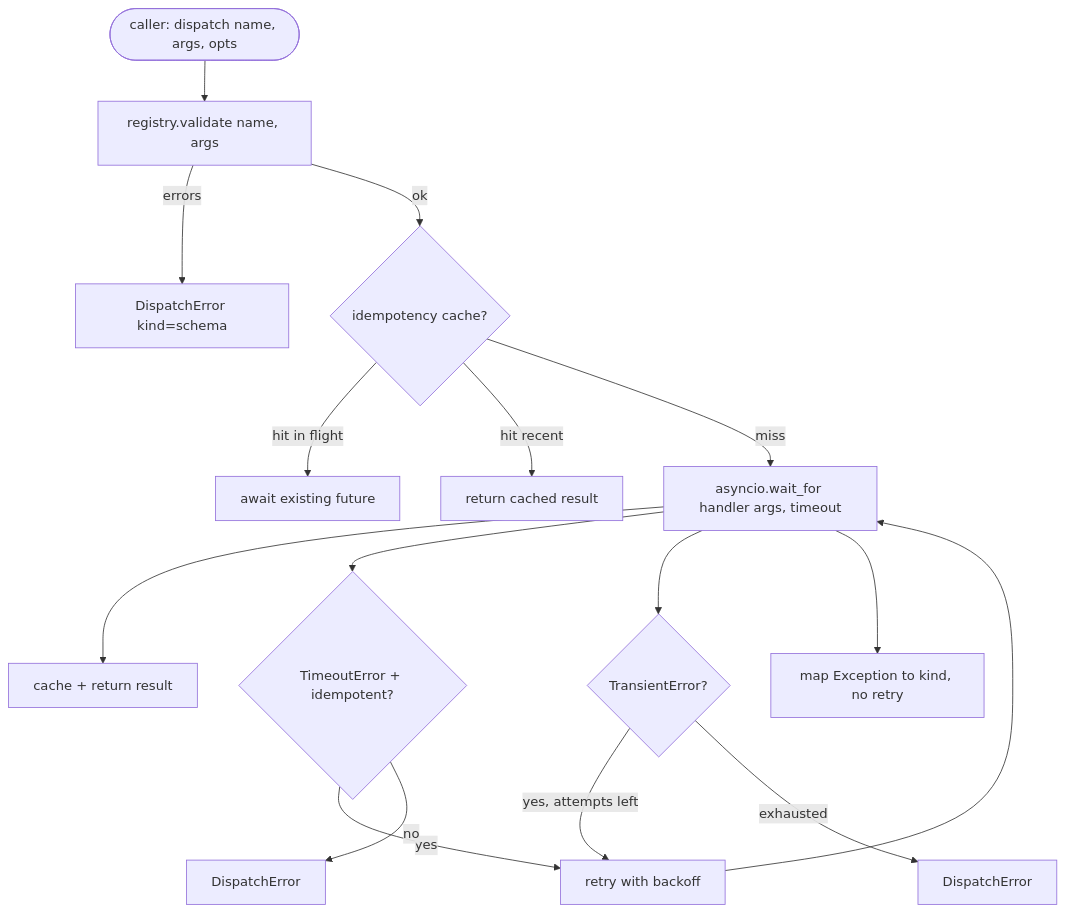
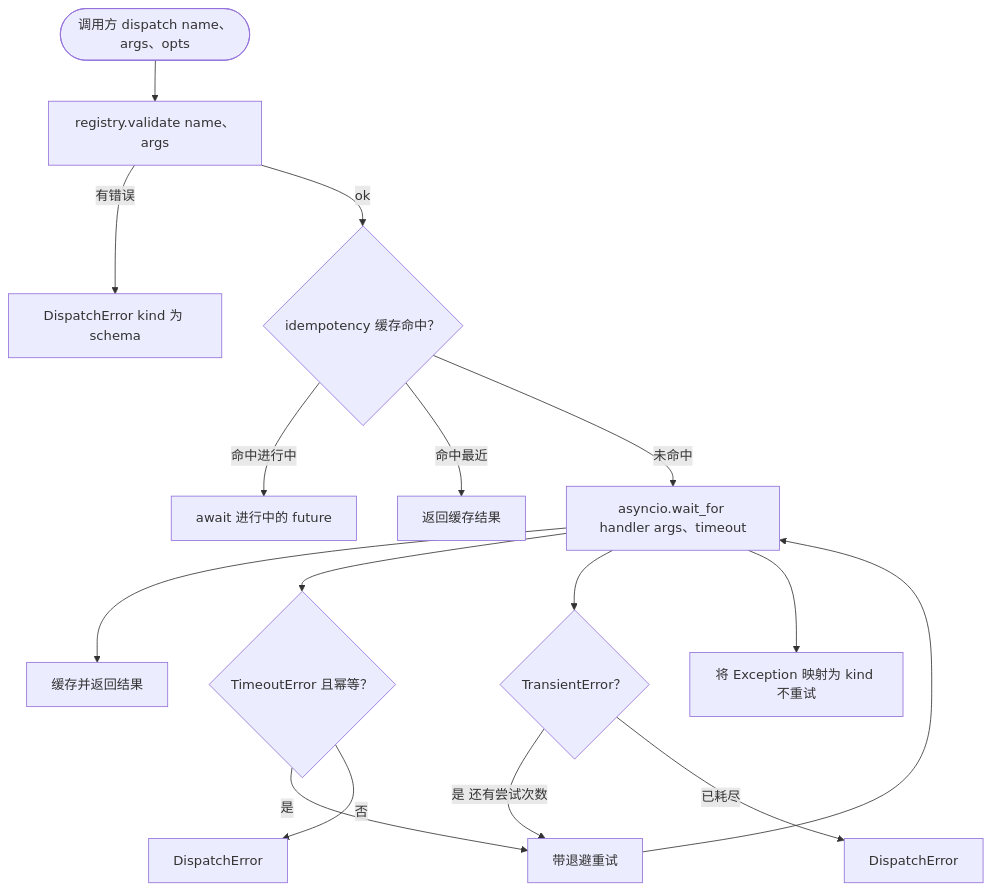
The second of 2 diagrams in phases/19-capstone-projects/23-function-call-dispatcher/docs/zh.md (JerryC8080/ai-engineering-from-scratch-zh), drawn with Mermaid before and after one commit. The commit also changed other lines of this file and 156 other files, not shown here.

First line of the commit message:
i18n(zh): translate mermaid diagram labels in 157 lesson zh.md

````diff
--- a/phases/19-capstone-projects/23-function-call-dispatcher/docs/zh.md
+++ b/phases/19-capstone-projects/23-function-call-dispatcher/docs/zh.md
@@ -91,33 +91,33 @@
 ```mermaid
 flowchart TD
-    start([caller: dispatch name, args, opts])
-    validate[registry.validate name, args]
-    schema_err[DispatchError kind=schema]
-    idem_check{idempotency cache?}
-    in_flight[await existing future]
-    cached[return cached result]
-    attempt[asyncio.wait_for handler args, timeout]
-    success[cache + return result]
-    timeout_branch{TimeoutError + idempotent?}
-    retry[retry with backoff]
+    start([调用方 dispatch name、args、opts])
+    validate[registry.validate name、args]
+    schema_err[DispatchError kind 为 schema]
+    idem_check{idempotency 缓存命中？}
+    in_flight[await 进行中的 future]
+    cached[返回缓存结果]
+    attempt[asyncio.wait_for handler args、timeout]
+    success[缓存并返回结果]
+    timeout_branch{TimeoutError 且幂等？}
+    retry[带退避重试]
     fail[DispatchError]
-    transient_branch{TransientError?}
-    other[map Exception to kind, no retry]
+    transient_branch{TransientError？}
+    other[将 Exception 映射为 kind 不重试]
     exhausted[DispatchError]
 
     start --> validate
-    validate -->|errors| schema_err
+    validate -->|有错误| schema_err
     validate -->|ok| idem_check
-    idem_check -->|hit in flight| in_flight
-    idem_check -->|hit recent| cached
-    idem_check -->|miss| attempt
+    idem_check -->|命中进行中| in_flight
+    idem_check -->|命中最近| cached
+    idem_check -->|未命中| attempt
     attempt --> success
     attempt --> timeout_branch
-    timeout_branch -->|yes| retry
-    timeout_branch -->|no| fail
+    timeout_branch -->|是| retry
+    timeout_branch -->|否| fail
     attempt --> transient_branch
-    transient_branch -->|yes, attempts left| retry
-    transient_branch -->|exhausted| exhausted
+    transient_branch -->|是 还有尝试次数| retry
+    transient_branch -->|已耗尽| exhausted
     attempt --> other
     retry --> attempt
 ```
````
